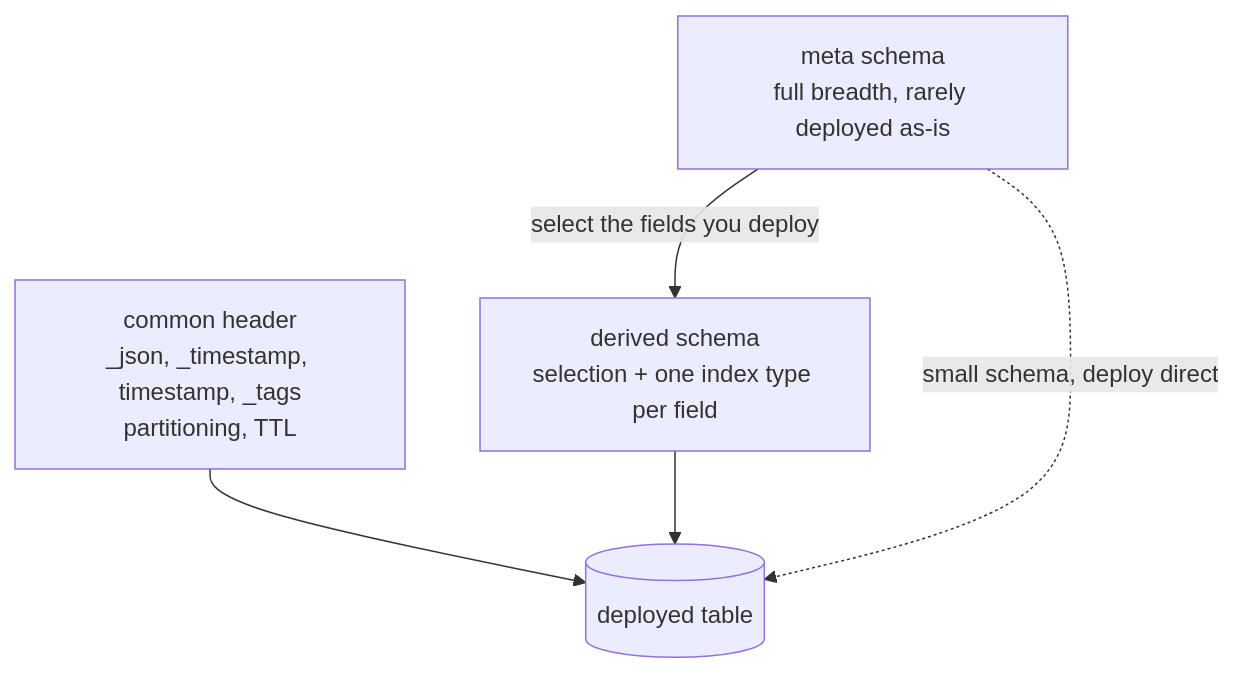
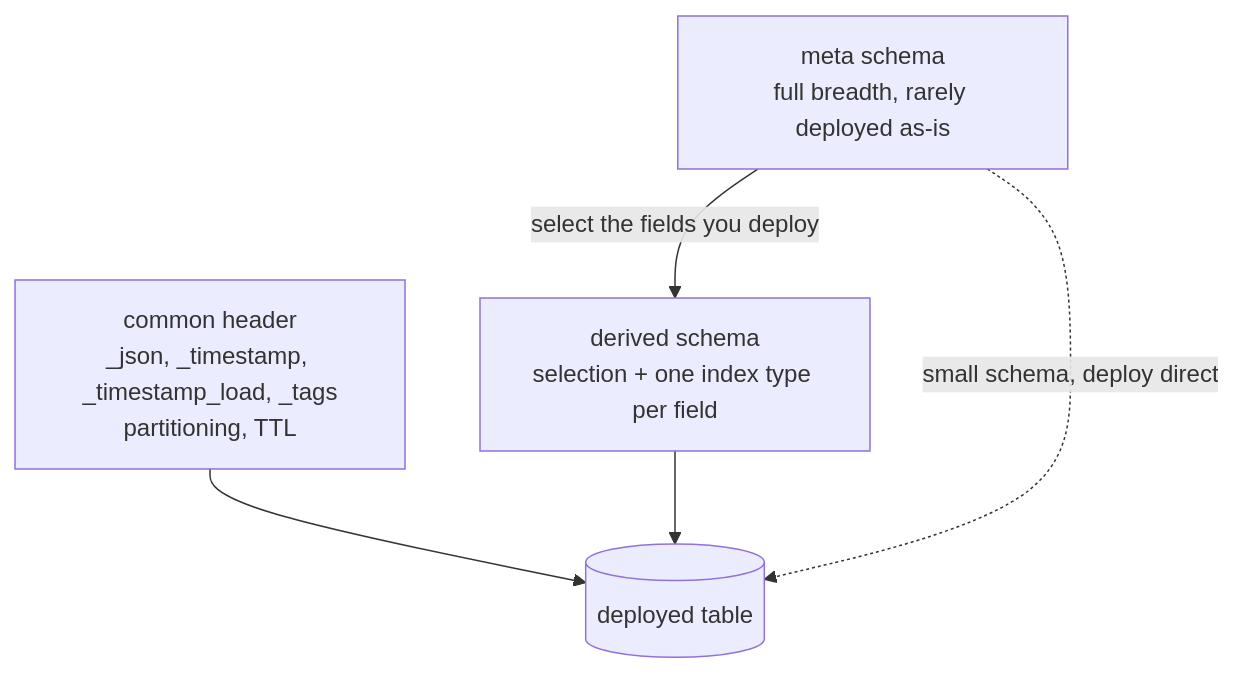
The second of 3 diagrams in docs/data-evolution.md (hyperi-io/dfe-engine), drawn with Mermaid before and after one commit. The commit also changed other lines of this file and 50 other files, not shown here.

````diff
--- a/docs/data-evolution.md
+++ b/docs/data-evolution.md
@@ -98,12 +98,12 @@
 ```mermaid
 flowchart TB
-    HEADER["common header<br/>_json, _timestamp, timestamp, _tags<br/>partitioning, TTL"]
+    HEADER["common header<br/>_json, _timestamp, _timestamp_load, _tags<br/>partitioning, TTL"]
     META["meta schema<br/>full breadth, rarely deployed as-is"]
     DERIVED["derived schema<br/>selection + one index type per field"]
     TABLE[("deployed table")]
 
     META -->|"select the fields you deploy"| DERIVED
     HEADER --> TABLE
     DERIVED --> TABLE
     META -.->|"small schema, deploy direct"| TABLE
 ```
````
